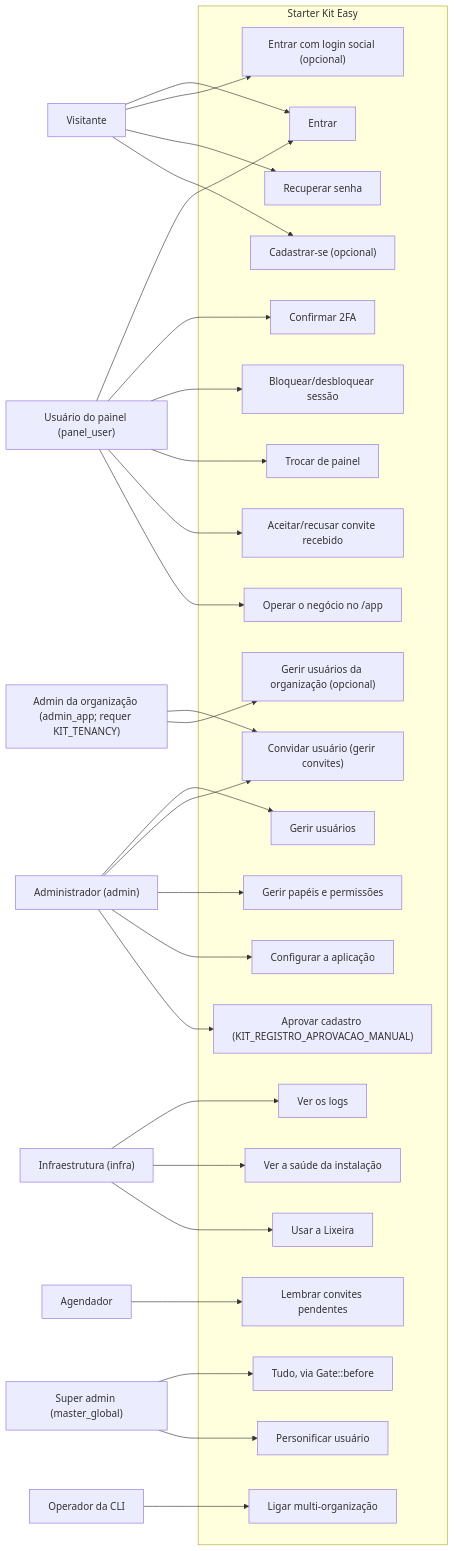
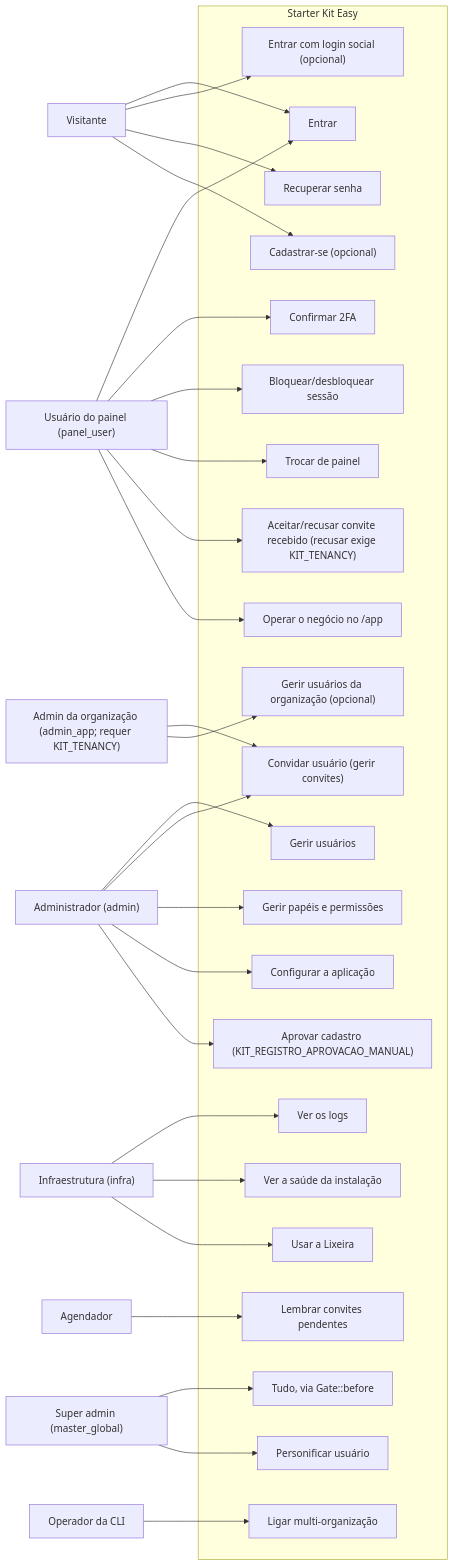
Before and after one commit to gsferro/filament-starter-kit-easy: the second of 4 diagrams in docs/pt/referencia/arquitetura-em-diagramas.md, drawn with Mermaid. The commit also changed other lines of this file and 12 other files, not shown here.

First line of the commit message:
:lipstick: fix(site): os diagramas no tamanho natural, com rolagem no bloco, e os opcionais com a chave

````diff
--- a/docs/pt/referencia/arquitetura-em-diagramas.md
+++ b/docs/pt/referencia/arquitetura-em-diagramas.md
@@ -60,62 +60,62 @@
 ```mermaid
 flowchart LR
 %% DG-02
 accTitle: Casos de uso por papel
 accDescr: Os oito atores do kit e os casos de uso que cada papel alcança, dentro da fronteira do Starter Kit Easy.
   ator_visitante["Visitante"]
   ator_panel_user["Usuário do painel (panel_user)"]
   ator_admin_app["Admin da organização (admin_app; requer KIT_TENANCY)"]
   ator_admin["Administrador (admin)"]
   ator_infra["Infraestrutura (infra)"]
   ator_master_global["Super admin (master_global)"]
   ator_agendador["Agendador"]
   ator_cli["Operador da CLI"]
   subgraph fronteira ["Starter Kit Easy"]
     cu_login["Entrar"]
     cu_login_social["Entrar com login social (opcional)"]
     cu_recuperar_senha["Recuperar senha"]
     cu_cadastro["Cadastrar-se (opcional)"]
-    cu_aceitar_convite["Aceitar/recusar convite recebido"]
+    cu_aceitar_convite["Aceitar/recusar convite recebido (recusar exige KIT_TENANCY)"]
     cu_trocar_painel["Trocar de painel"]
     cu_2fa["Confirmar 2FA"]
     cu_bloqueio["Bloquear/desbloquear sessão"]
     cu_operar_negocio["Operar o negócio no /app"]
     cu_convidar["Convidar usuário (gerir convites)"]
     cu_gerir_usuarios["Gerir usuários"]
     cu_gerir_usuarios_org["Gerir usuários da organização (opcional)"]
     cu_aprovar_cadastro["Aprovar cadastro (KIT_REGISTRO_APROVACAO_MANUAL)"]
     cu_gerir_papeis["Gerir papéis e permissões"]
     cu_configuracoes["Configurar a aplicação"]
     cu_ver_logs["Ver os logs"]
     cu_ver_saude["Ver a saúde da instalação"]
     cu_lixeira["Usar a Lixeira"]
     cu_personificar["Personificar usuário"]
     cu_lembrar_convites["Lembrar convites pendentes"]
     cu_tenancy["Ligar multi-organização"]
     cu_tudo["Tudo, via Gate::before"]
   end
   ator_visitante --> cu_login
   ator_visitante --> cu_login_social
   ator_visitante --> cu_recuperar_senha
   ator_visitante --> cu_cadastro
   ator_panel_user --> cu_login
   ator_panel_user --> cu_2fa
   ator_panel_user --> cu_bloqueio
   ator_panel_user --> cu_trocar_painel
   ator_panel_user --> cu_aceitar_convite
   ator_panel_user --> cu_operar_negocio
   ator_admin_app --> cu_convidar
   ator_admin_app --> cu_gerir_usuarios_org
   ator_admin --> cu_gerir_usuarios
   ator_admin --> cu_convidar
   ator_admin --> cu_gerir_papeis
   ator_admin --> cu_configuracoes
   ator_admin --> cu_aprovar_cadastro
   ator_infra --> cu_ver_logs
   ator_infra --> cu_ver_saude
   ator_infra --> cu_lixeira
   ator_master_global --> cu_tudo
   ator_master_global --> cu_personificar
   ator_agendador --> cu_lembrar_convites
   ator_cli --> cu_tenancy
 ```
````
